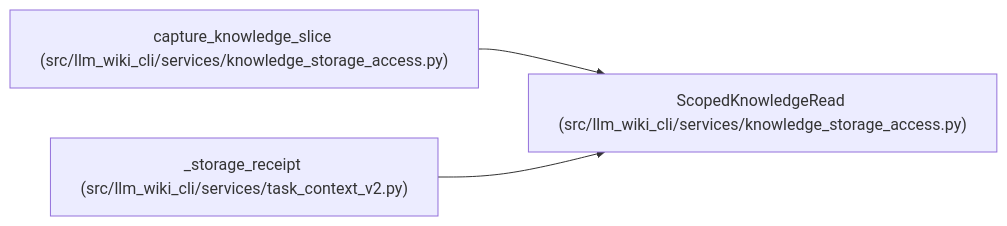
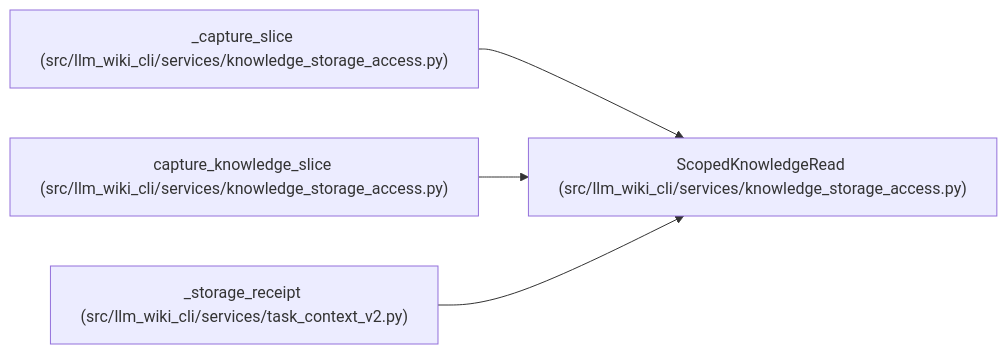
The diagram in docs/llm_wiki/entities/ScopedKnowledgeRead.md (Denissvgn/python-wiki-llm), drawn with Mermaid before and after one commit. The commit also changed other lines of this file and 486 other files, not shown here.

First line of the commit message:
Improve knowledge storage performance and recoverable cleanup (#36)

````diff
--- a/docs/llm_wiki/entities/ScopedKnowledgeRead.md
+++ b/docs/llm_wiki/entities/ScopedKnowledgeRead.md
@@ -33,11 +33,14 @@
 ```mermaid
 flowchart LR
     n0["ScopedKnowledgeRead (src/llm_wiki_cli/services/knowledge_storage_access.py)"]
-    n1["capture_knowledge_slice (src/llm_wiki_cli/services/knowledge_storage_access.py)"]
-    n2["_storage_receipt (src/llm_wiki_cli/services/task_context_v2.py)"]
+    n1["_capture_slice (src/llm_wiki_cli/services/knowledge_storage_access.py)"]
+    n2["capture_knowledge_slice (src/llm_wiki_cli/services/knowledge_storage_access.py)"]
+    n3["_storage_receipt (src/llm_wiki_cli/services/task_context_v2.py)"]
     n1 --> n0
     n2 --> n0
+    n3 --> n0
     click n0 "../modules/knowledge_storage_access.md"
     click n1 "../modules/knowledge_storage_access.md"
-    click n2 "../modules/task_context_v2.md"
+    click n2 "../modules/knowledge_storage_access.md"
+    click n3 "../modules/task_context_v2.md"
 ```
````
